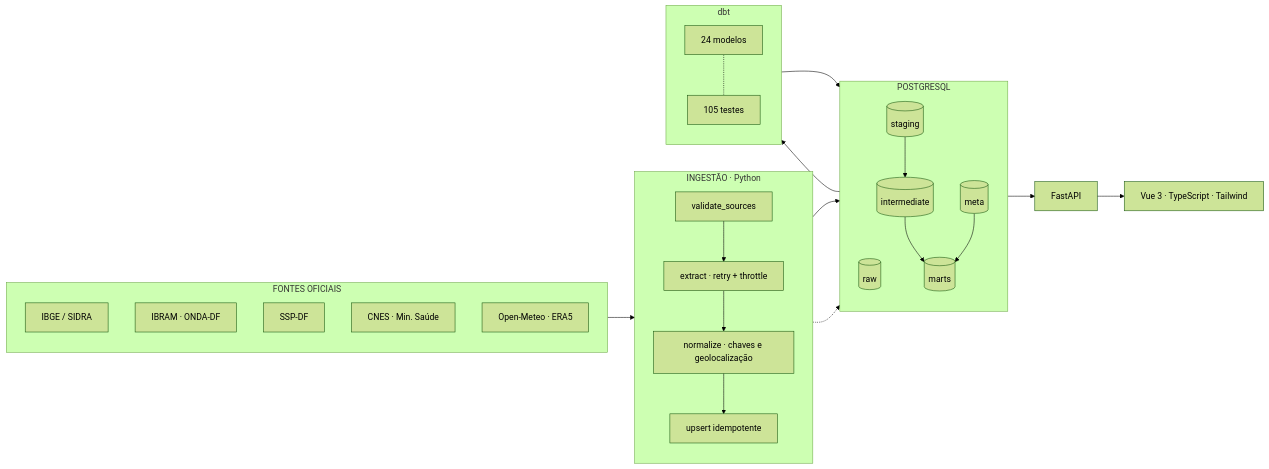
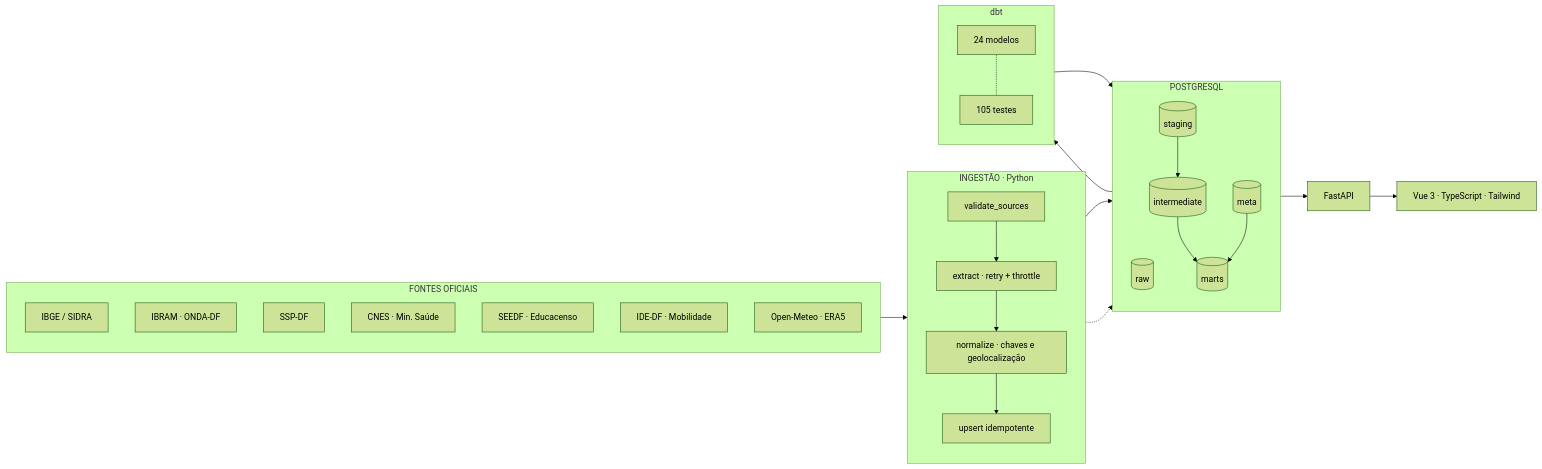
Before and after one commit to enzosouto/df-intelligence-bdi: the first of 2 diagrams in README.md, drawn with Mermaid (forest theme). The commit also changed other lines of this file and 52 other files, not shown here.

````diff
--- a/README.md
+++ b/README.md
@@ -55,44 +55,46 @@
 ```mermaid
 flowchart LR
     subgraph F["FONTES OFICIAIS"]
         direction TB
         A1["IBGE / SIDRA"]
         A2["IBRAM · ONDA-DF"]
         A3["SSP-DF"]
         A4["CNES · Min. Saúde"]
+        A6["SEEDF · Educacenso"]
+        A7["IDE-DF · Mobilidade"]
         A5["Open-Meteo · ERA5"]
     end
 
     subgraph I["INGESTÃO · Python"]
         direction TB
         B1["validate_sources"]
         B2["extract · retry + throttle"]
         B3["normalize · chaves e geolocalização"]
         B4["upsert idempotente"]
     end
 
     subgraph P["POSTGRESQL"]
         direction TB
         C1[("raw")]
         C2[("staging")]
         C3[("intermediate")]
         C4[("marts")]
         C5[("meta")]
     end
 
     subgraph D["dbt"]
         direction TB
         E1["24 modelos"]
         E2["105 testes"]
     end
 
     G["FastAPI"]
     H["Vue 3 · TypeScript · Tailwind"]
 
     F --> B1 --> B2 --> B3 --> B4 --> C1
     B4 -.-> C5
     C1 --> E1 --> C2 --> C3 --> C4
     E1 -.- E2
     C5 --> C4
     C4 --> G --> H
 ```
````
